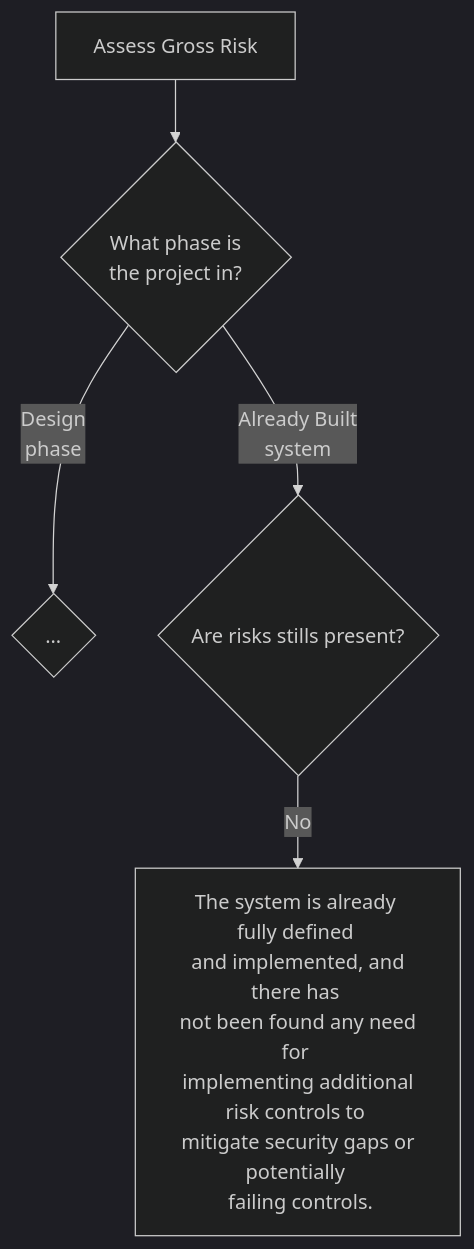
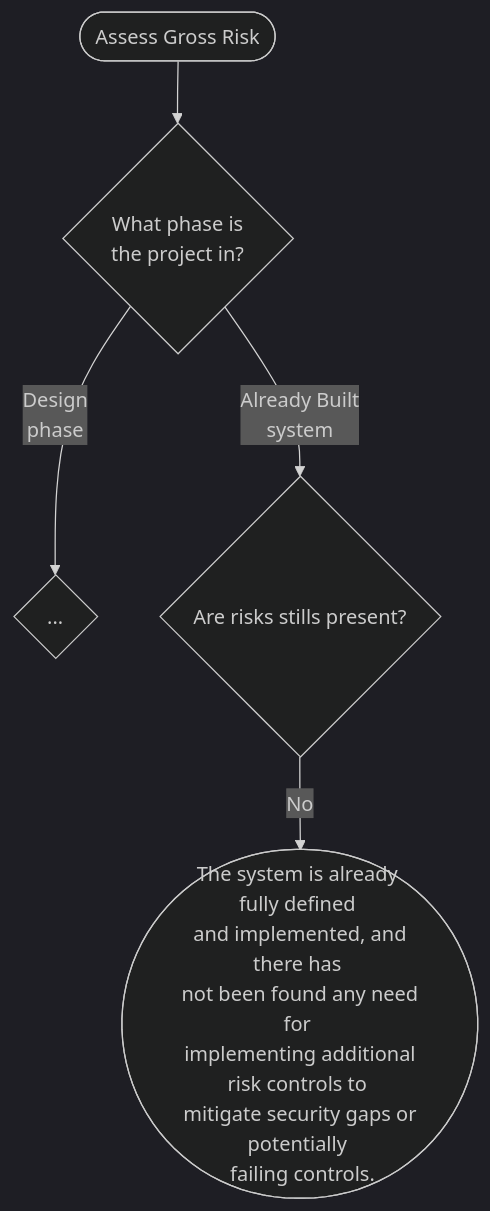
One commit to AttilaVural/AttilaVural.github.io changed the diagram in _posts/2023-01-16-IT-risk-assessment.md. Above: the diagram before and after it, drawn with Mermaid (dark theme).

```diff
--- a/_posts/2023-01-16-IT-risk-assessment.md
+++ b/_posts/2023-01-16-IT-risk-assessment.md
@@ -16,8 +16,8 @@
 <div class="mermaid">
   graph TD
-      A[Assess Gross Risk]
+      A([Assess Gross Risk])
         A--> B{What phase is <br> the project in?}
       B -->|Design <br> phase| D{...}
       B -->|Already Built <br> system| E{Are risks stills present?}
-      E -->|No| F[The system is already fully defined <br> and implemented, and there has <br> not been found any need for <br> implementing additional risk controls to <br> mitigate security gaps or potentially <br> failing controls.]
+      E -->|No| F([The system is already fully defined <br> and implemented, and there has <br> not been found any need for <br> implementing additional risk controls to <br> mitigate security gaps or potentially <br> failing controls.])
 </div>
```
